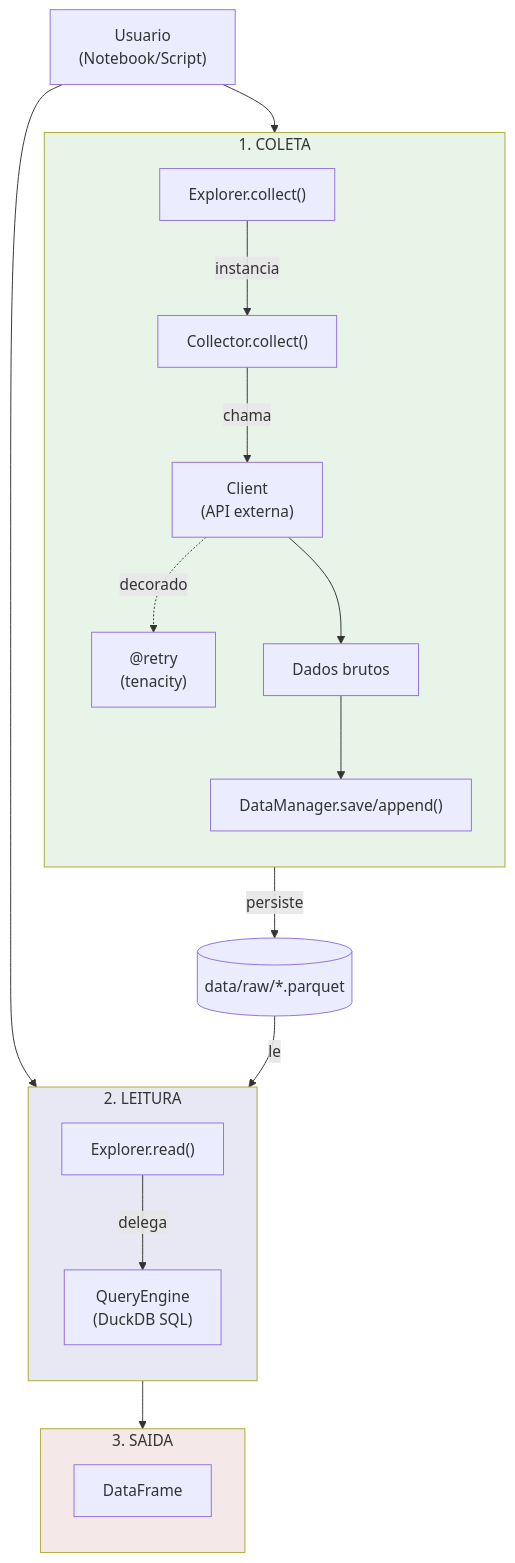
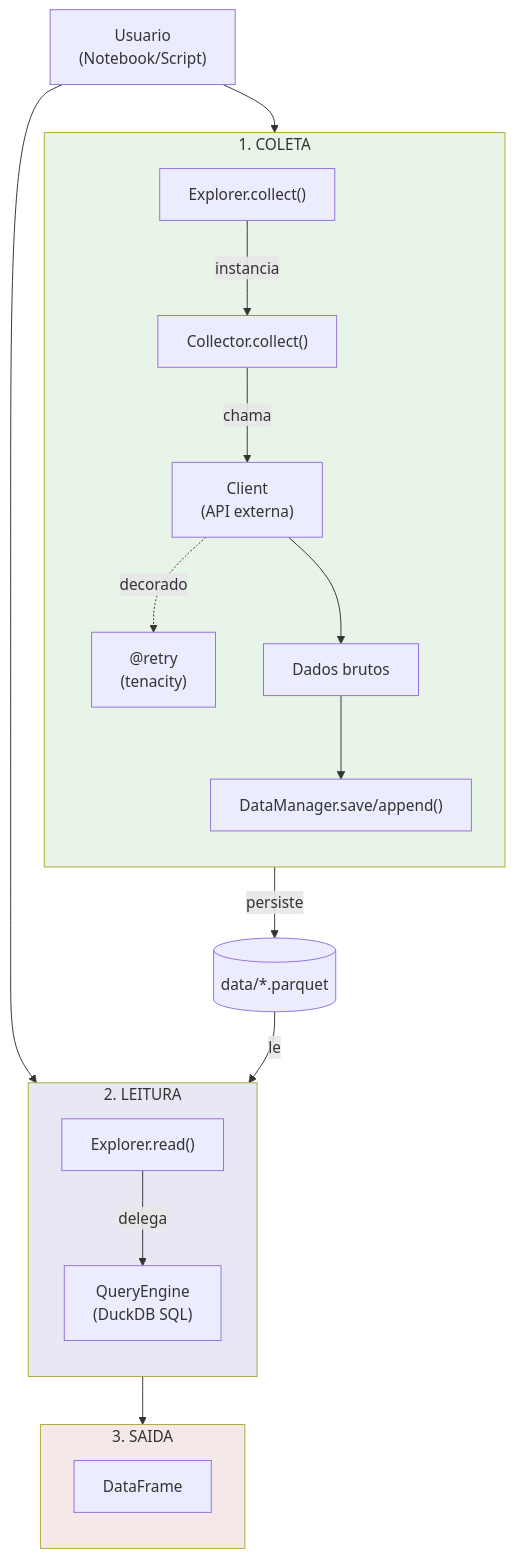
The second of 3 diagrams in docs/internals/architecture.md (enzoomoreira/adb), drawn with Mermaid before and after one commit. The commit also changed 20 other files, not shown here.

````diff
--- a/docs/internals/architecture.md
+++ b/docs/internals/architecture.md
@@ -222,47 +222,47 @@
 ```mermaid
 flowchart TD
     User["Usuario<br/>(Notebook/Script)"]
 
     subgraph Coleta ["1. COLETA"]
         direction TB
         EC["Explorer.collect()"]
         CC["Collector.collect()"]
         CLI["Client<br/>(API externa)"]
         RET["@retry<br/>(tenacity)"]
         RAW["Dados brutos"]
         DM["DataManager.save/append()"]
     end
 
     subgraph Leitura ["2. LEITURA"]
         direction TB
         ER["Explorer.read()"]
         QE["QueryEngine<br/>(DuckDB SQL)"]
     end
 
     subgraph Saida ["3. SAIDA"]
         direction TB
         DF["DataFrame"]
     end
 
-    PARQUET[("data/raw/*.parquet")]
+    PARQUET[("data/*.parquet")]
 
     %% Fluxo de Coleta
     User --> EC
     EC -->|"instancia"| CC
     CC -->|"chama"| CLI
     CLI -.->|"decorado"| RET
     CLI --> RAW
     RAW --> DM
     DM -->|"persiste"| PARQUET
 
     %% Fluxo de Leitura
     User --> ER
     PARQUET -->|"le"| ER
     ER -->|"delega"| QE
     QE --> DF
 
     %% Styling
     style Coleta fill:#e8f4e8
     style Leitura fill:#e8e8f4
     style Saida fill:#f4e8e8
 ```
````
